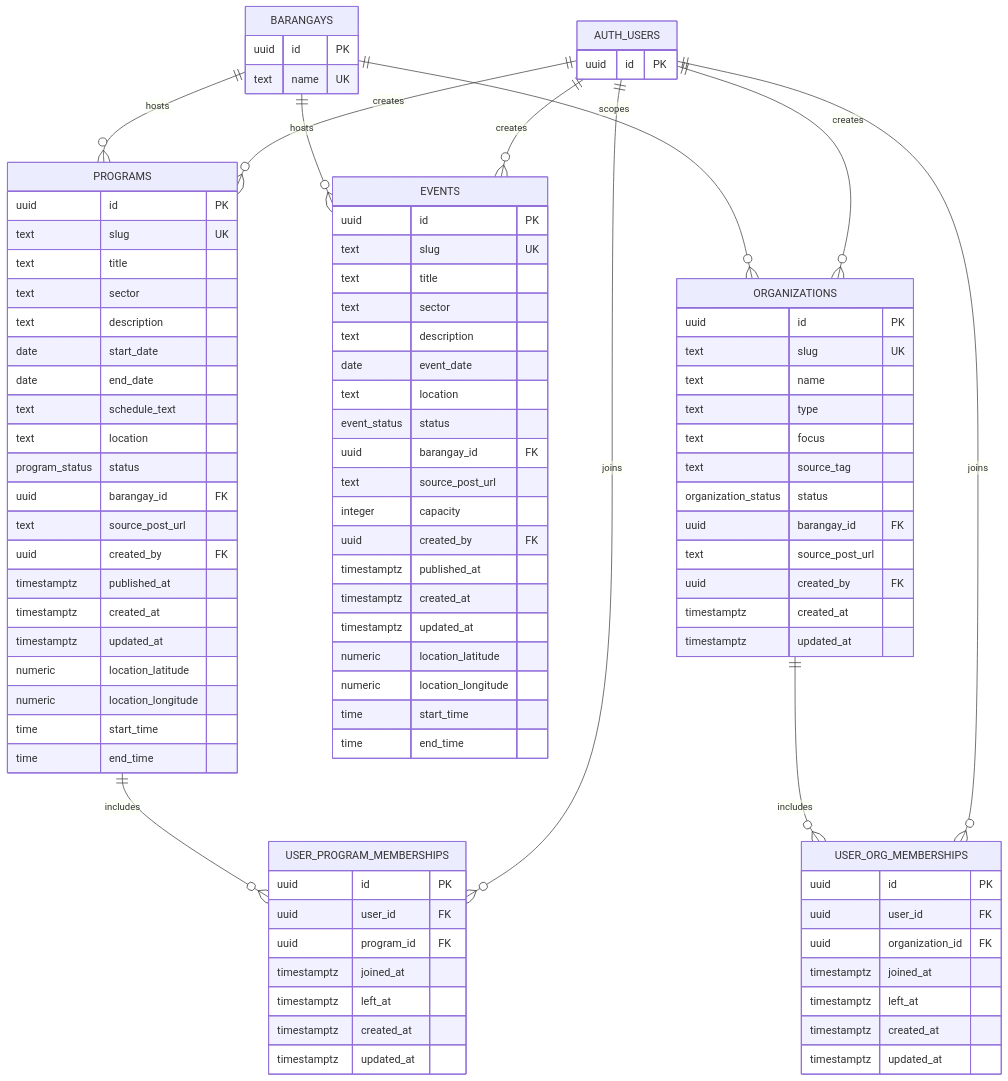
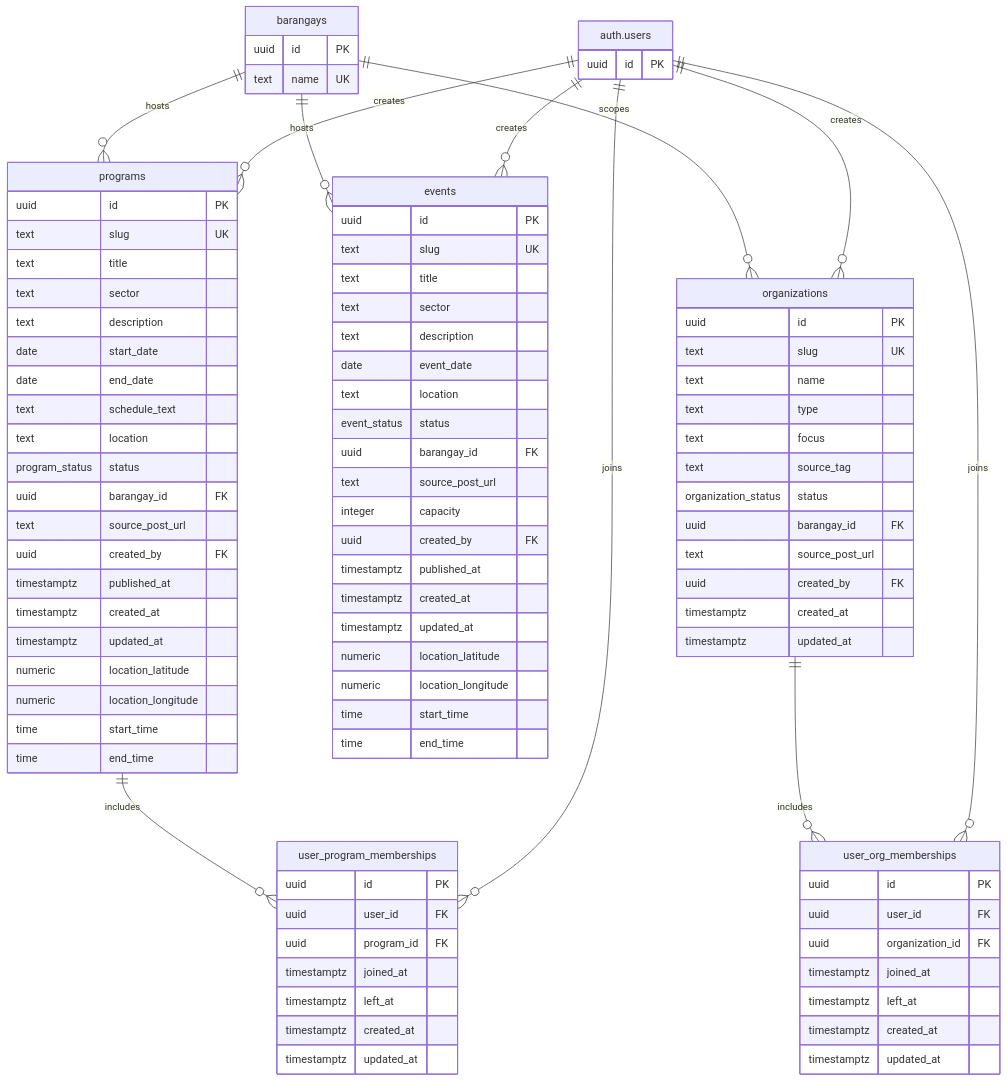
The fourth of 9 diagrams in Methodology/3.2.4-Database-Schema.md (txiaoqt/lydo-connect-org-focused), drawn with Mermaid before and after one commit. The commit also changed other lines of this file, not shown here.

````diff
--- a/Methodology/3.2.4-Database-Schema.md
+++ b/Methodology/3.2.4-Database-Schema.md
@@ -341,26 +341,26 @@
 ```mermaid
 erDiagram
-    AUTH_USERS ||--o{ PROGRAMS : creates
-    AUTH_USERS ||--o{ EVENTS : creates
-    AUTH_USERS ||--o{ ORGANIZATIONS : creates
-    AUTH_USERS ||--o{ USER_PROGRAM_MEMBERSHIPS : joins
-    AUTH_USERS ||--o{ USER_ORG_MEMBERSHIPS : joins
-    BARANGAYS ||--o{ PROGRAMS : hosts
-    BARANGAYS ||--o{ EVENTS : hosts
-    BARANGAYS ||--o{ ORGANIZATIONS : scopes
-    PROGRAMS ||--o{ USER_PROGRAM_MEMBERSHIPS : includes
-    ORGANIZATIONS ||--o{ USER_ORG_MEMBERSHIPS : includes
+    auth.users ||--o{ programs : creates
+    auth.users ||--o{ events : creates
+    auth.users ||--o{ organizations : creates
+    auth.users ||--o{ user_program_memberships : joins
+    auth.users ||--o{ user_org_memberships : joins
+    barangays ||--o{ programs : hosts
+    barangays ||--o{ events : hosts
+    barangays ||--o{ organizations : scopes
+    programs ||--o{ user_program_memberships : includes
+    organizations ||--o{ user_org_memberships : includes
 
-    AUTH_USERS {
+    auth.users {
       uuid id PK
     }
 
-    BARANGAYS {
+    barangays {
       uuid id PK
       text name UK
     }
 
-    PROGRAMS {
+    programs {
       uuid id PK
       text slug UK
       text title
@@ -383,7 +383,7 @@
       time end_time
     }
 
-    EVENTS {
+    events {
       uuid id PK
       text slug UK
       text title
@@ -405,7 +405,7 @@
       time end_time
     }
 
-    ORGANIZATIONS {
+    organizations {
       uuid id PK
       text slug UK
       text name
@@ -420,7 +420,7 @@
       timestamptz updated_at
     }
 
-    USER_PROGRAM_MEMBERSHIPS {
+    user_program_memberships {
       uuid id PK
       uuid user_id FK
       uuid program_id FK
@@ -430,7 +430,7 @@
       timestamptz updated_at
     }
 
-    USER_ORG_MEMBERSHIPS {
+    user_org_memberships {
       uuid id PK
       uuid user_id FK
       uuid organization_id FK
````
